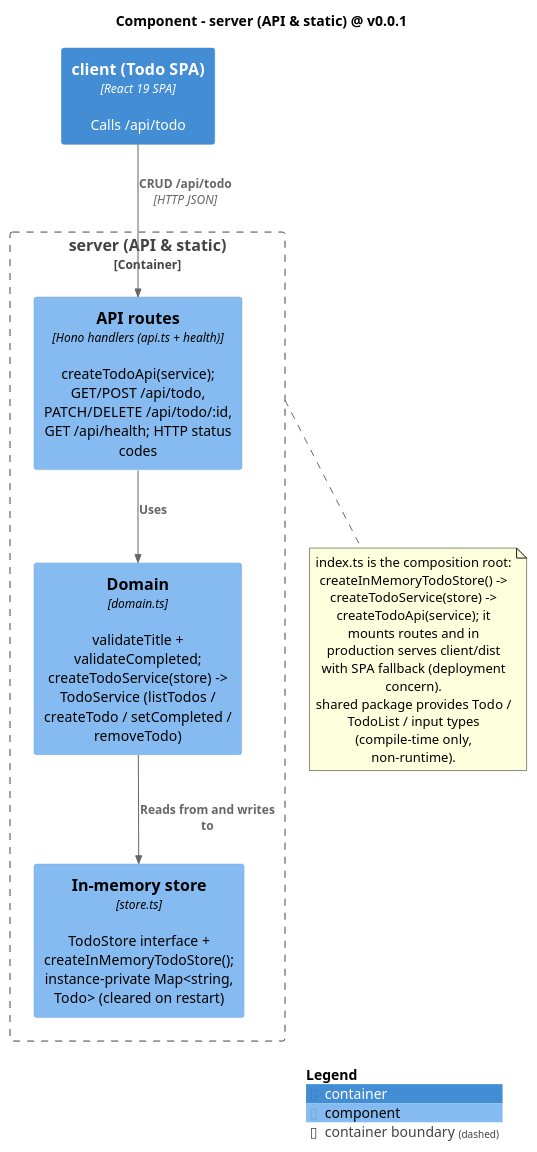
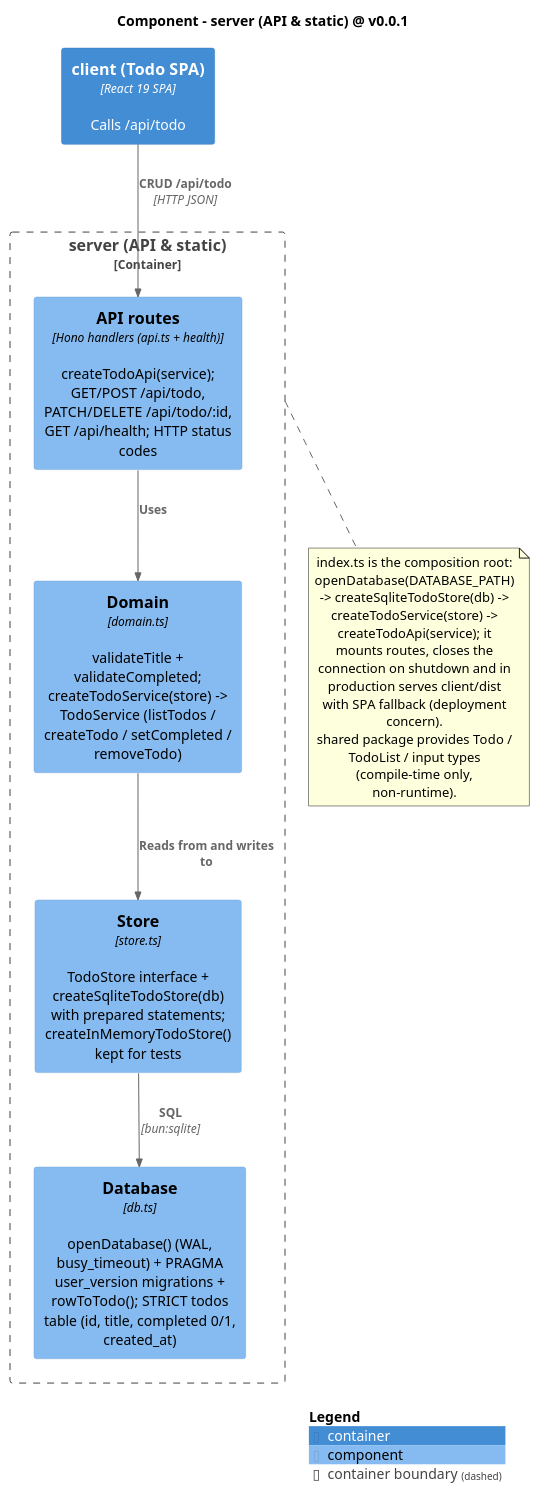
The diagram in docs/architecture/diagrams/03b-component-server.puml (MemoryIt/todo), drawn with PlantUML before and after one commit. The commit also changed 8 other files, not shown here.

First line of the commit message:
docs: describe SQLite persistence in READMEs and C4 diagrams

```diff
--- a/docs/architecture/diagrams/03b-component-server.puml
+++ b/docs/architecture/diagrams/03b-component-server.puml
@@ -1,23 +1,25 @@
 @startuml
 !include <C4/C4_Component>
 title Component - server (API & static) @ v0.0.1
 
 Container(client, "client (Todo SPA)", "React 19 SPA", "Calls /api/todo")
 
 Container_Boundary(s, "server (API & static)") {
   Component(api, "API routes", "Hono handlers (api.ts + health)", "createTodoApi(service); GET/POST /api/todo, PATCH/DELETE /api/todo/:id, GET /api/health; HTTP status codes")
   Component(domain, "Domain", "domain.ts", "validateTitle + validateCompleted; createTodoService(store) -> TodoService (listTodos / createTodo / setCompleted / removeTodo)")
-  Component(store, "In-memory store", "store.ts", "TodoStore interface + createInMemoryTodoStore(); instance-private Map<string, Todo> (cleared on restart)")
+  Component(db, "Database", "db.ts", "openDatabase() (WAL, busy_timeout) + PRAGMA user_version migrations + rowToTodo(); STRICT todos table (id, title, completed 0/1, created_at)")
+  Component(store, "Store", "store.ts", "TodoStore interface + createSqliteTodoStore(db) with prepared statements; createInMemoryTodoStore() kept for tests")
 }
 
 Rel(client, api, "CRUD /api/todo", "HTTP JSON")
 Rel(api, domain, "Uses")
 Rel(domain, store, "Reads from and writes to")
+Rel(store, db, "SQL", "bun:sqlite")
 
 note bottom of s
-  index.ts is the composition root: createInMemoryTodoStore() -> createTodoService(store) -> createTodoApi(service); it mounts routes and in production serves client/dist with SPA fallback (deployment concern).
+  index.ts is the composition root: openDatabase(DATABASE_PATH) -> createSqliteTodoStore(db) -> createTodoService(store) -> createTodoApi(service); it mounts routes, closes the connection on shutdown and in production serves client/dist with SPA fallback (deployment concern).
   shared package provides Todo / TodoList / input types (compile-time only, non-runtime).
 end note
 
 SHOW_LEGEND()
 @enduml
```
